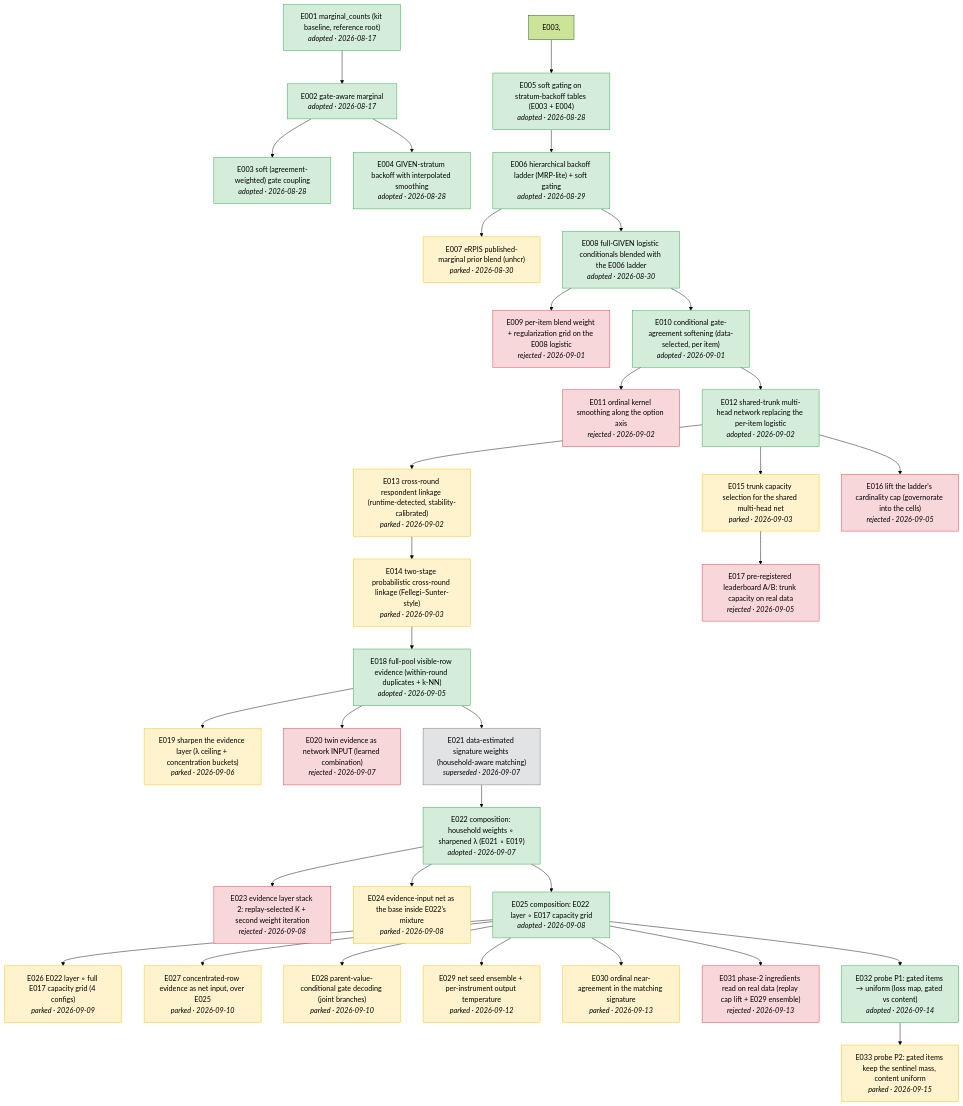
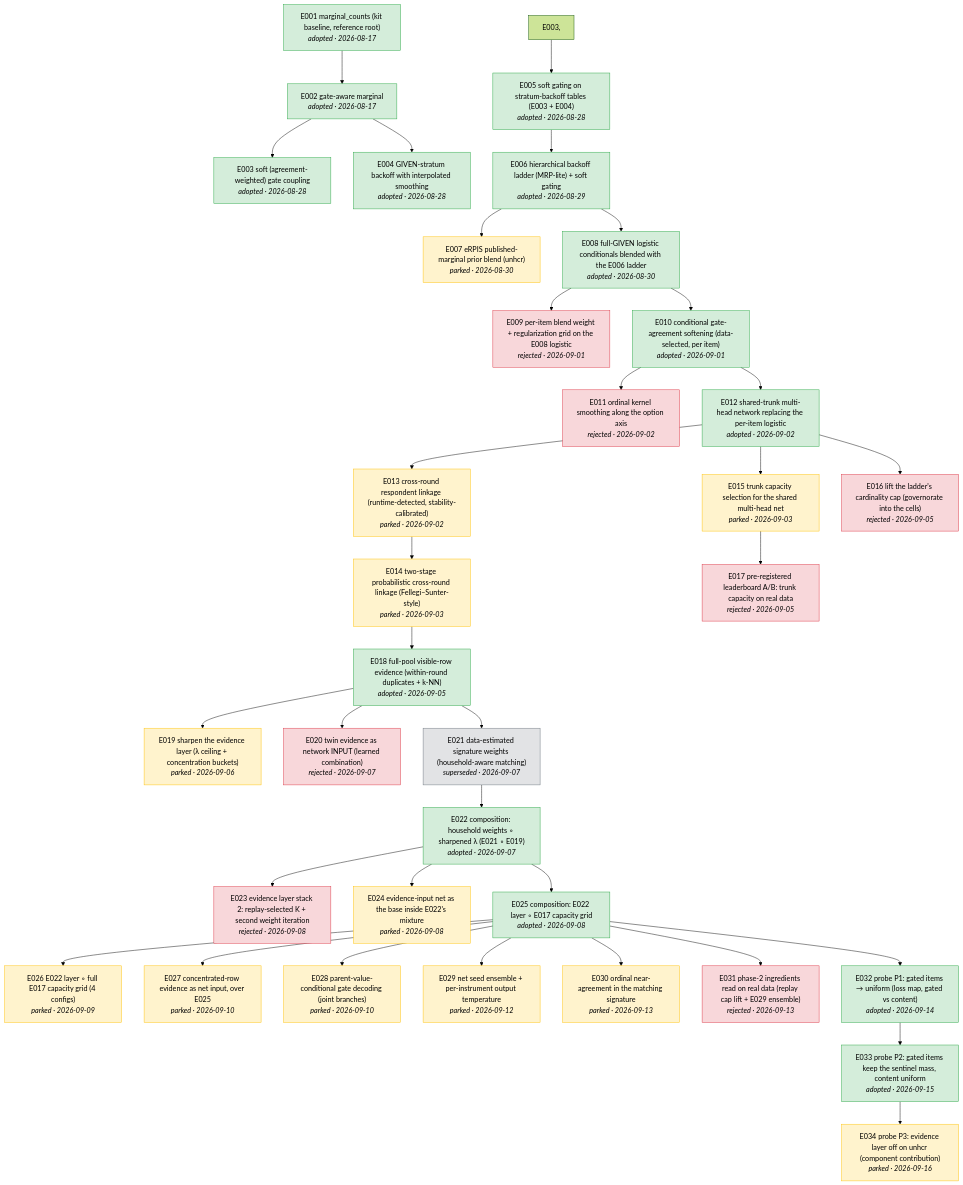
Before and after one commit to joon56/Simulacrabench-NeurIPS-2026-: the diagram in docs/tree.md, drawn with Mermaid (forest theme). The commit also changed 7 other files, not shown here.

First line of the commit message:
E033 read: Grand 0.55 -> gated content carries ~0.33/cell (content arm); E034 probe P3 (evidence layer off on unhcr) packaged as submission #21

````diff
--- a/docs/tree.md
+++ b/docs/tree.md
@@ -5,76 +5,78 @@
 ```mermaid
 flowchart TD
     E001["E001 marginal_counts (kit baseline, reference root)<br/><i>adopted · 2026-08-17</i>"]
     E002["E002 gate-aware marginal<br/><i>adopted · 2026-08-17</i>"]
     E001 --> E002
     E003["E003 soft (agreement-weighted) gate coupling<br/><i>adopted · 2026-08-28</i>"]
     E002 --> E003
     E004["E004 GIVEN-stratum backoff with interpolated smoothing<br/><i>adopted · 2026-08-28</i>"]
     E002 --> E004
     E005["E005 soft gating on stratum-backoff tables (E003 + E004)<br/><i>adopted · 2026-08-28</i>"]
     E003, --> E005
     E006["E006 hierarchical backoff ladder (MRP-lite) + soft gating<br/><i>adopted · 2026-08-29</i>"]
     E005 --> E006
     E007["E007 eRPIS published-marginal prior blend (unhcr)<br/><i>parked · 2026-08-30</i>"]
     E006 --> E007
     E008["E008 full-GIVEN logistic conditionals blended with the E006 ladder<br/><i>adopted · 2026-08-30</i>"]
     E006 --> E008
     E009["E009 per-item blend weight + regularization grid on the E008 logistic<br/><i>rejected · 2026-09-01</i>"]
     E008 --> E009
     E010["E010 conditional gate-agreement softening (data-selected, per item)<br/><i>adopted · 2026-09-01</i>"]
     E008 --> E010
     E011["E011 ordinal kernel smoothing along the option axis<br/><i>rejected · 2026-09-02</i>"]
     E010 --> E011
     E012["E012 shared-trunk multi-head network replacing the per-item logistic<br/><i>adopted · 2026-09-02</i>"]
     E010 --> E012
     E013["E013 cross-round respondent linkage (runtime-detected, stability-calibrated)<br/><i>parked · 2026-09-02</i>"]
     E012 --> E013
     E014["E014 two-stage probabilistic cross-round linkage (Fellegi–Sunter-style)<br/><i>parked · 2026-09-03</i>"]
     E013 --> E014
     E015["E015 trunk capacity selection for the shared multi-head net<br/><i>parked · 2026-09-03</i>"]
     E012 --> E015
     E016["E016 lift the ladder's cardinality cap (governorate into the cells)<br/><i>rejected · 2026-09-05</i>"]
     E012 --> E016
     E017["E017 pre-registered leaderboard A/B: trunk capacity on real data<br/><i>rejected · 2026-09-05</i>"]
     E015 --> E017
     E018["E018 full-pool visible-row evidence (within-round duplicates + k-NN)<br/><i>adopted · 2026-09-05</i>"]
     E014 --> E018
     E019["E019 sharpen the evidence layer (λ ceiling + concentration buckets)<br/><i>parked · 2026-09-06</i>"]
     E018 --> E019
     E020["E020 twin evidence as network INPUT (learned combination)<br/><i>rejected · 2026-09-07</i>"]
     E018 --> E020
     E021["E021 data-estimated signature weights (household-aware matching)<br/><i>superseded · 2026-09-07</i>"]
     E018 --> E021
     E022["E022 composition: household weights ∘ sharpened λ (E021 ∘ E019)<br/><i>adopted · 2026-09-07</i>"]
     E021 --> E022
     E023["E023 evidence layer stack 2: replay-selected K + second weight iteration<br/><i>rejected · 2026-09-08</i>"]
     E022 --> E023
     E024["E024 evidence-input net as the base inside E022's mixture<br/><i>parked · 2026-09-08</i>"]
     E022 --> E024
     E025["E025 composition: E022 layer ∘ E017 capacity grid<br/><i>adopted · 2026-09-08</i>"]
     E022 --> E025
     E026["E026 E022 layer ∘ full E017 capacity grid (4 configs)<br/><i>parked · 2026-09-09</i>"]
     E025 --> E026
     E027["E027 concentrated-row evidence as net input, over E025<br/><i>parked · 2026-09-10</i>"]
     E025 --> E027
     E028["E028 parent-value-conditional gate decoding (joint branches)<br/><i>parked · 2026-09-10</i>"]
     E025 --> E028
     E029["E029 net seed ensemble + per-instrument output temperature<br/><i>parked · 2026-09-12</i>"]
     E025 --> E029
     E030["E030 ordinal near-agreement in the matching signature<br/><i>parked · 2026-09-13</i>"]
     E025 --> E030
     E031["E031 phase-2 ingredients read on real data (replay cap lift + E029 ensemble)<br/><i>rejected · 2026-09-13</i>"]
     E025 --> E031
     E032["E032 probe P1: gated items → uniform (loss map, gated vs content)<br/><i>adopted · 2026-09-14</i>"]
     E025 --> E032
-    E033["E033 probe P2: gated items keep the sentinel mass, content uniform<br/><i>parked · 2026-09-15</i>"]
+    E033["E033 probe P2: gated items keep the sentinel mass, content uniform<br/><i>adopted · 2026-09-15</i>"]
     E032 --> E033
+    E034["E034 probe P3: evidence layer off on unhcr (component contribution)<br/><i>parked · 2026-09-16</i>"]
+    E033 --> E034
     classDef adopted fill:#d4edda,stroke:#28a745
-    class E001,E002,E003,E004,E005,E006,E008,E010,E012,E018,E022,E025,E032 adopted
+    class E001,E002,E003,E004,E005,E006,E008,E010,E012,E018,E022,E025,E032,E033 adopted
     classDef rejected fill:#f8d7da,stroke:#dc3545
     class E009,E011,E016,E017,E020,E023,E031 rejected
     classDef parked fill:#fff3cd,stroke:#ffc107
-    class E007,E013,E014,E015,E019,E024,E026,E027,E028,E029,E030,E033 parked
+    class E007,E013,E014,E015,E019,E024,E026,E027,E028,E029,E030,E034 parked
     classDef superseded fill:#e2e3e5,stroke:#6c757d
     class E021 superseded
 ```
````
